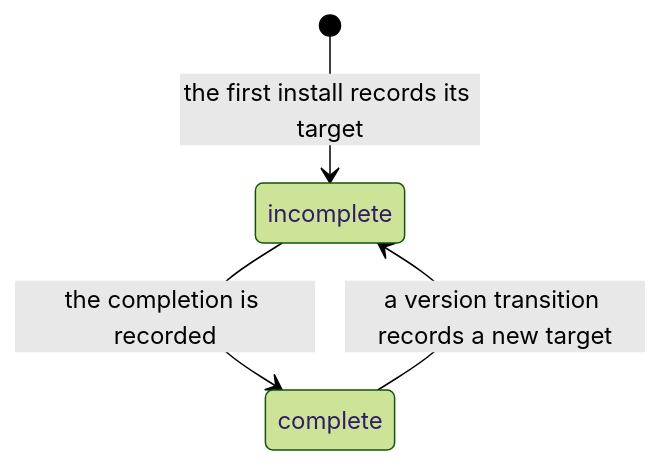
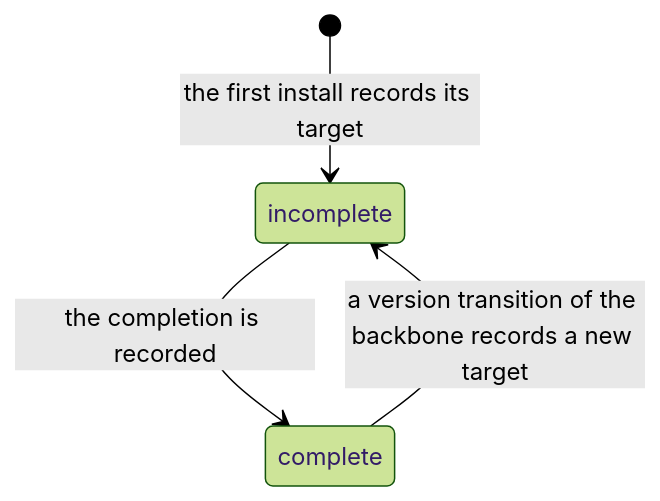
Before and after one commit to aleskalfas/project-kit: the third of 4 diagrams in tech-docs/analysis/core/domain-model/040-versions-and-copies.md, drawn with Mermaid (forest theme). The commit also changed other lines of this file and 2 other files, not shown here.

````diff
--- a/tech-docs/analysis/core/domain-model/040-versions-and-copies.md
+++ b/tech-docs/analysis/core/domain-model/040-versions-and-copies.md
@@ -211,8 +211,8 @@
 ```mermaid
 stateDiagram-v2
   accTitle: The states of the backbone's recorded version
-  accDescr: The first install or a version transition records a target, and the recorded version is incomplete. Once every migration has run, the completion is recorded, and the recorded version is complete until the next version transition records a new target.
+  accDescr: The first install or a version transition of the backbone records a target, and the recorded version is incomplete. Once every migration has run, the completion is recorded, and the recorded version is complete until the next version transition of the backbone records a new target.
   [*] --> incomplete : the first install records its target
   incomplete --> complete : the completion is recorded
-  complete --> incomplete : a version transition records a new target
+  complete --> incomplete : a version transition of the backbone records a new target
 ```
````
